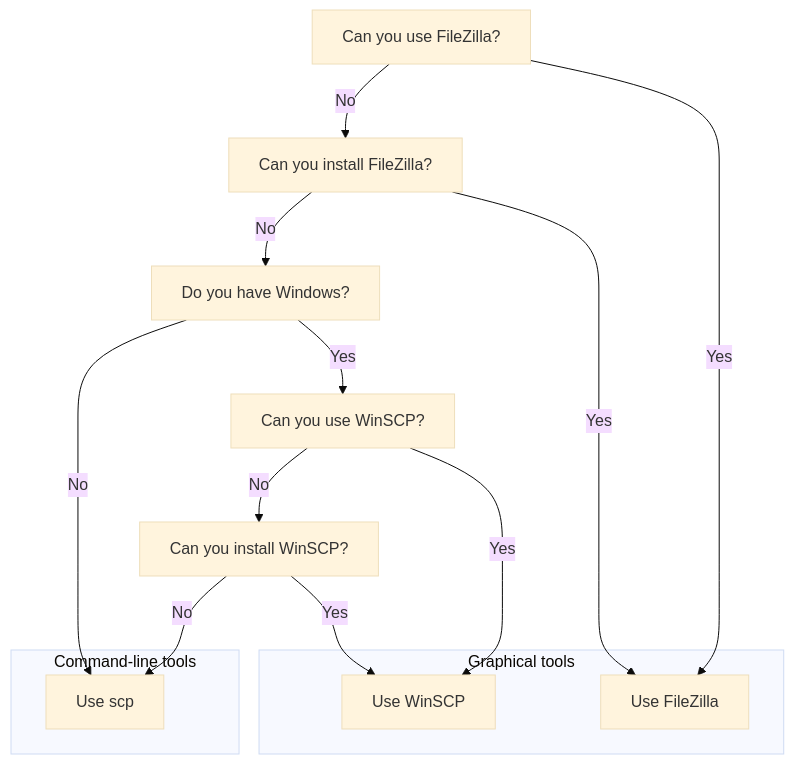
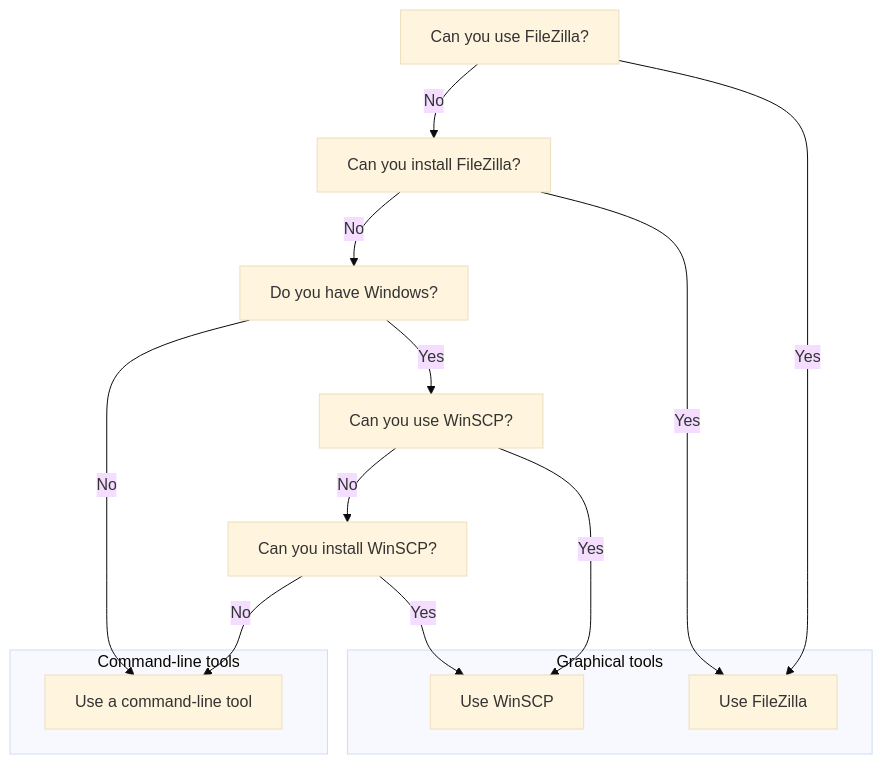
The first of 2 diagrams in docs/faq/README.md (UPPMAX/naiss_file_transfer_course), drawn with Mermaid (base theme) before and after one commit. The commit also changed other lines of this file, not shown here.

Commit message:
Take into account: not all tools can be installed

````diff
--- a/docs/faq/README.md
+++ b/docs/faq/README.md
@@ -189,31 +302,31 @@
 ```mermaid
 flowchart TD
 
   can_use_filezilla[Can you use FileZilla?]
   can_install_filezilla[Can you install FileZilla?]
   have_windows[Do you have Windows?]
   can_use_winscp[Can you use WinSCP?]
   can_install_winscp[Can you install WinSCP?]
 
   can_use_filezilla --> |No| can_install_filezilla
   can_install_filezilla --> |No| have_windows
-  have_windows --> |No| scp
+  have_windows --> |No| cli_tool
   can_use_winscp --> |No| can_install_winscp
-  can_install_winscp --> |No| scp
+  can_install_winscp --> |No| cli_tool
 
   can_use_filezilla --> |Yes| filezilla
   can_install_filezilla --> |Yes| filezilla
   have_windows --> |Yes| can_use_winscp
   can_use_winscp --> |Yes| winscp
   can_install_winscp --> |Yes| winscp
 
 
   subgraph graphical_tools[Graphical tools]
   filezilla[Use FileZilla]
   winscp[Use WinSCP]
   end
 
   subgraph command_line_tools[Command-line tools]
-  scp[Use scp]
+  cli_tool[Use a command-line tool]
   end
 ```
````
